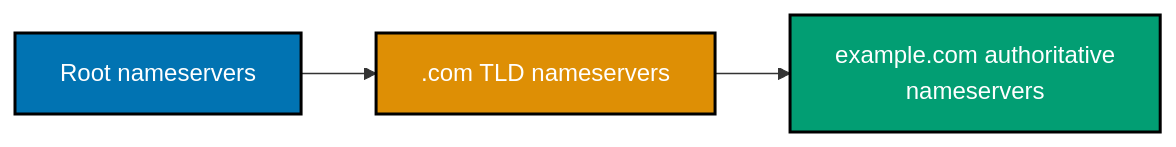
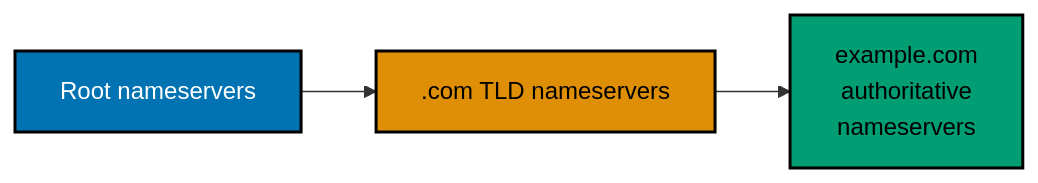
The ninth of 11 diagrams in apps/ayokoding-www/content/en/learn/courses/networking-essentials/learning/beginner.md (wahidyankf/ose-public), drawn with Mermaid before and after one commit. The commit also changed other lines of this file and 145 other files, not shown here.

First line of the commit message:
fix(mermaid): bring the second half of the courses diagrams onto the accessible palette

````diff
--- a/apps/ayokoding-www/content/en/learn/courses/networking-essentials/learning/beginner.md
+++ b/apps/ayokoding-www/content/en/learn/courses/networking-essentials/learning/beginner.md
@@ -771,12 +795,15 @@
 ```mermaid
 %% Color Palette: Blue #0173B2, Orange #DE8F05, Teal #029E73
 %% Intended full resolution path on an unrestricted network -- see prose above
 %% for how this sandbox's network policy truncates the walk in practice
 graph LR
+    accTitle: Example 20: dig +trace -- Root to Authoritative
+    accDescr: Graph with 3 nodes and 2 connections. Nodes: Root nameservers, .com TLD nameservers, example.com authoritative nameservers. Connections: Root nameservers to .com TLD nameservers, .com TLD nameservers to example.com authoritative nameservers.
     A["Root nameservers"]:::blue --> B[".com TLD nameservers"]:::orange
-    B --> C["example.com authoritative<br/>nameservers"]:::teal
+    B --> C["example.com<br/>authoritative<br/>nameservers"]:::teal
 
     classDef blue fill:#0173B2,stroke:#000000,color:#FFFFFF,stroke-width:2px
-    classDef orange fill:#DE8F05,stroke:#000000,color:#FFFFFF,stroke-width:2px
-    classDef teal fill:#029E73,stroke:#000000,color:#FFFFFF,stroke-width:2px
+    classDef orange fill:#DE8F05,stroke:#000000,color:#000000,stroke-width:2px
+    classDef teal fill:#029E73,stroke:#000000,color:#000000,stroke-width:2px
+    classDef default fill:#FFFFFF,stroke:#000000,color:#000000
 ```
````
